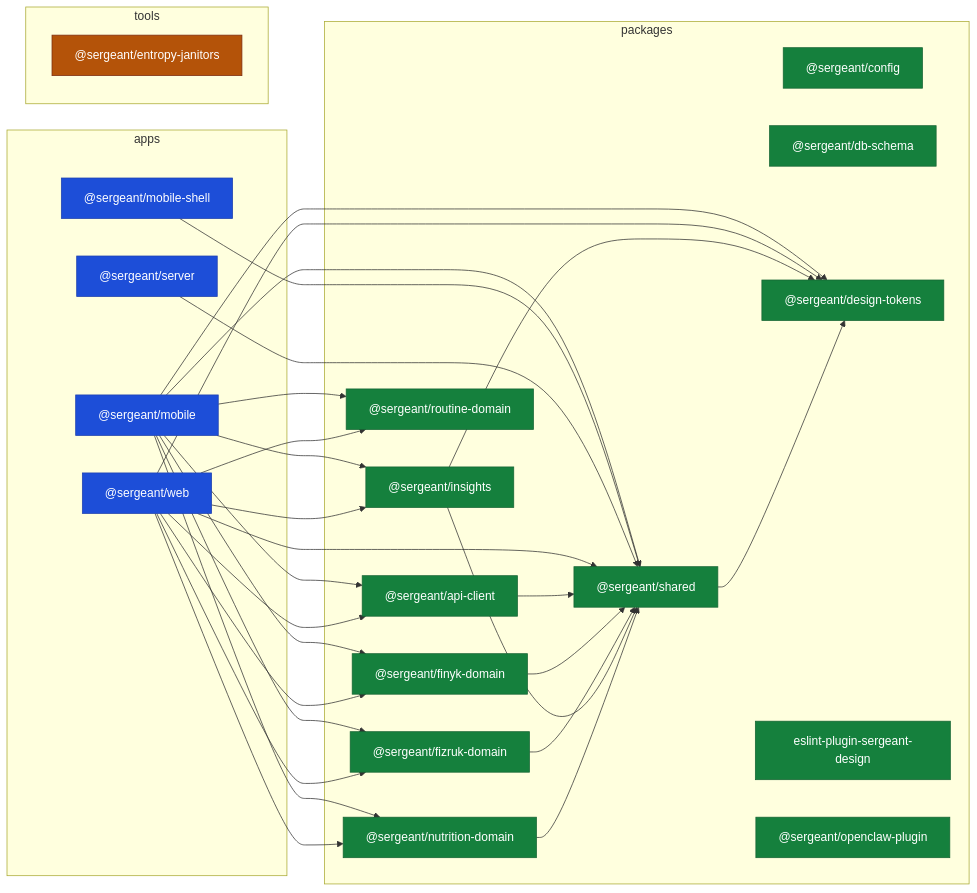
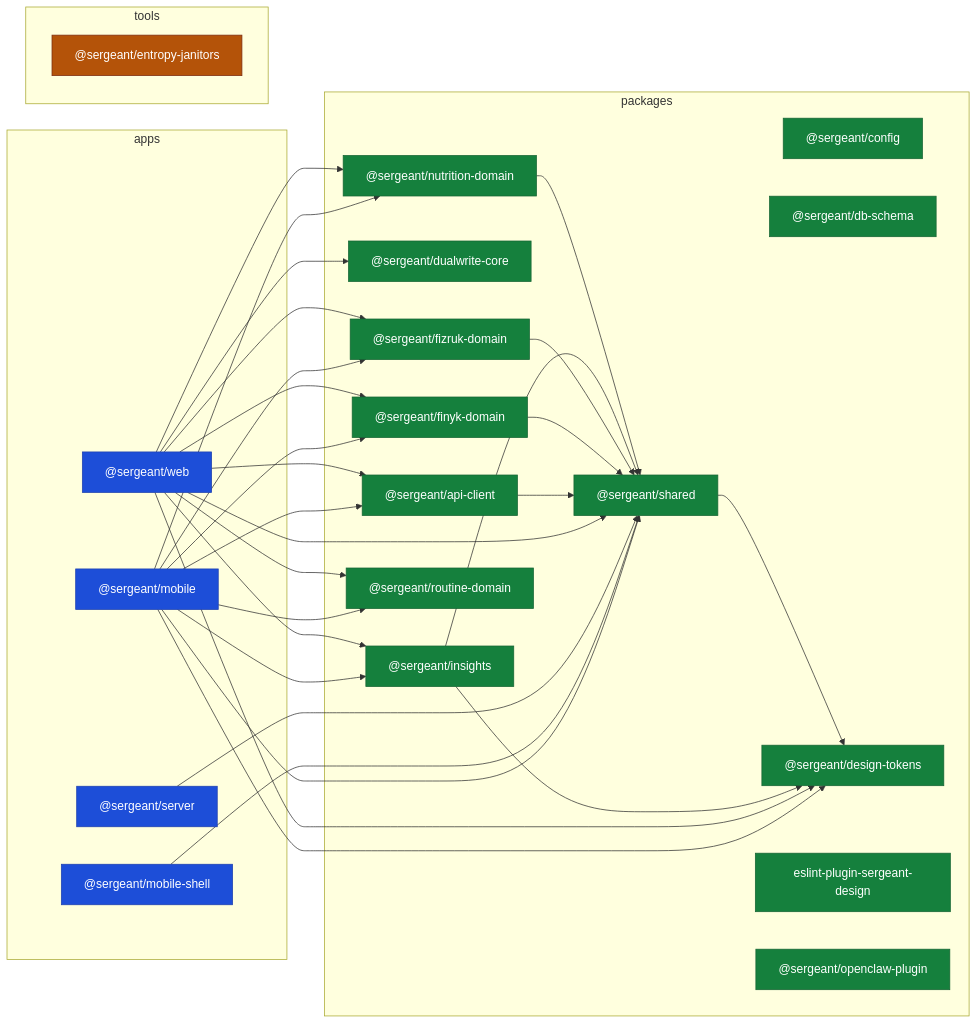
The diagram in docs/02-engineering/architecture/diagrams/c3-workspaces.md (SkOrDs-02/sergeant), drawn with Mermaid before and after one commit. The commit also changed other lines of this file and 32 other files, not shown here.

````diff
--- a/docs/02-engineering/architecture/diagrams/c3-workspaces.md
+++ b/docs/02-engineering/architecture/diagrams/c3-workspaces.md
@@ -14,58 +14,60 @@
 ```mermaid
 flowchart LR
     subgraph apps["apps"]
         apps_mobile["@sergeant/mobile"]
         apps_mobile_shell["@sergeant/mobile-shell"]
         apps_server["@sergeant/server"]
         apps_web["@sergeant/web"]
     end
     subgraph tools["tools"]
         tools_entropy_janitors["@sergeant/entropy-janitors"]
     end
     subgraph packages["packages"]
         packages_api_client["@sergeant/api-client"]
         packages_config["@sergeant/config"]
         packages_db_schema["@sergeant/db-schema"]
         packages_design_tokens["@sergeant/design-tokens"]
+        packages_dualwrite_core["@sergeant/dualwrite-core"]
         packages_eslint_plugin_sergeant_design["eslint-plugin-sergeant-design"]
         packages_finyk_domain["@sergeant/finyk-domain"]
         packages_fizruk_domain["@sergeant/fizruk-domain"]
         packages_insights["@sergeant/insights"]
         packages_nutrition_domain["@sergeant/nutrition-domain"]
         packages_openclaw_plugin["@sergeant/openclaw-plugin"]
         packages_routine_domain["@sergeant/routine-domain"]
         packages_shared["@sergeant/shared"]
     end
     apps_mobile --> packages_api_client
     apps_mobile --> packages_design_tokens
     apps_mobile --> packages_finyk_domain
     apps_mobile --> packages_fizruk_domain
     apps_mobile --> packages_insights
     apps_mobile --> packages_nutrition_domain
     apps_mobile --> packages_routine_domain
     apps_mobile --> packages_shared
     apps_mobile_shell --> packages_shared
     apps_server --> packages_shared
     apps_web --> packages_api_client
     apps_web --> packages_design_tokens
+    apps_web --> packages_dualwrite_core
     apps_web --> packages_finyk_domain
     apps_web --> packages_fizruk_domain
     apps_web --> packages_insights
     apps_web --> packages_nutrition_domain
     apps_web --> packages_routine_domain
     apps_web --> packages_shared
     packages_api_client --> packages_shared
     packages_finyk_domain --> packages_shared
     packages_fizruk_domain --> packages_shared
     packages_insights --> packages_design_tokens
     packages_insights --> packages_shared
     packages_nutrition_domain --> packages_shared
     packages_shared --> packages_design_tokens
 
     classDef app fill:#1d4ed8,stroke:#1e40af,color:#fff
     classDef tool fill:#b45309,stroke:#7c2d12,color:#fff
     classDef package fill:#15803d,stroke:#166534,color:#fff
     class apps_mobile,apps_mobile_shell,apps_server,apps_web app
     class tools_entropy_janitors tool
-    class packages_api_client,packages_config,packages_db_schema,packages_design_tokens,packages_eslint_plugin_sergeant_design,packages_finyk_domain,packages_fizruk_domain,packages_insights,packages_nutrition_domain,packages_openclaw_plugin,packages_routine_domain,packages_shared package
+    class packages_api_client,packages_config,packages_db_schema,packages_design_tokens,packages_dualwrite_core,packages_eslint_plugin_sergeant_design,packages_finyk_domain,packages_fizruk_domain,packages_insights,packages_nutrition_domain,packages_openclaw_plugin,packages_routine_domain,packages_shared package
 ```
````
